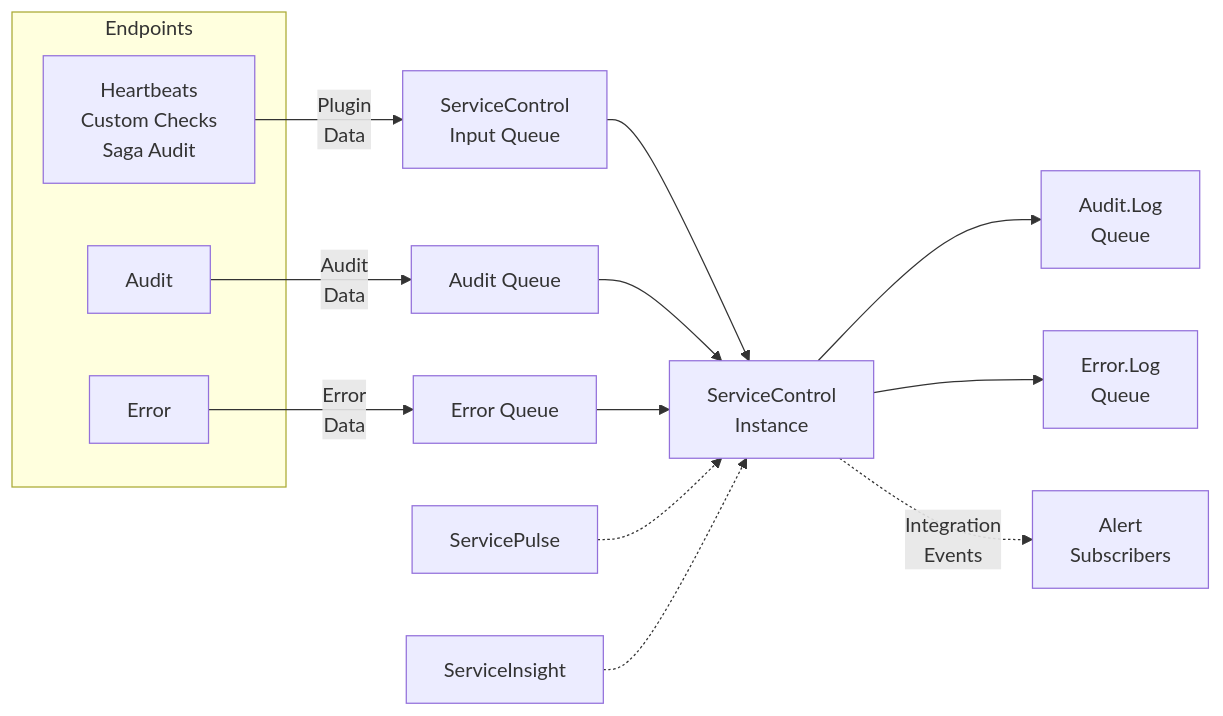
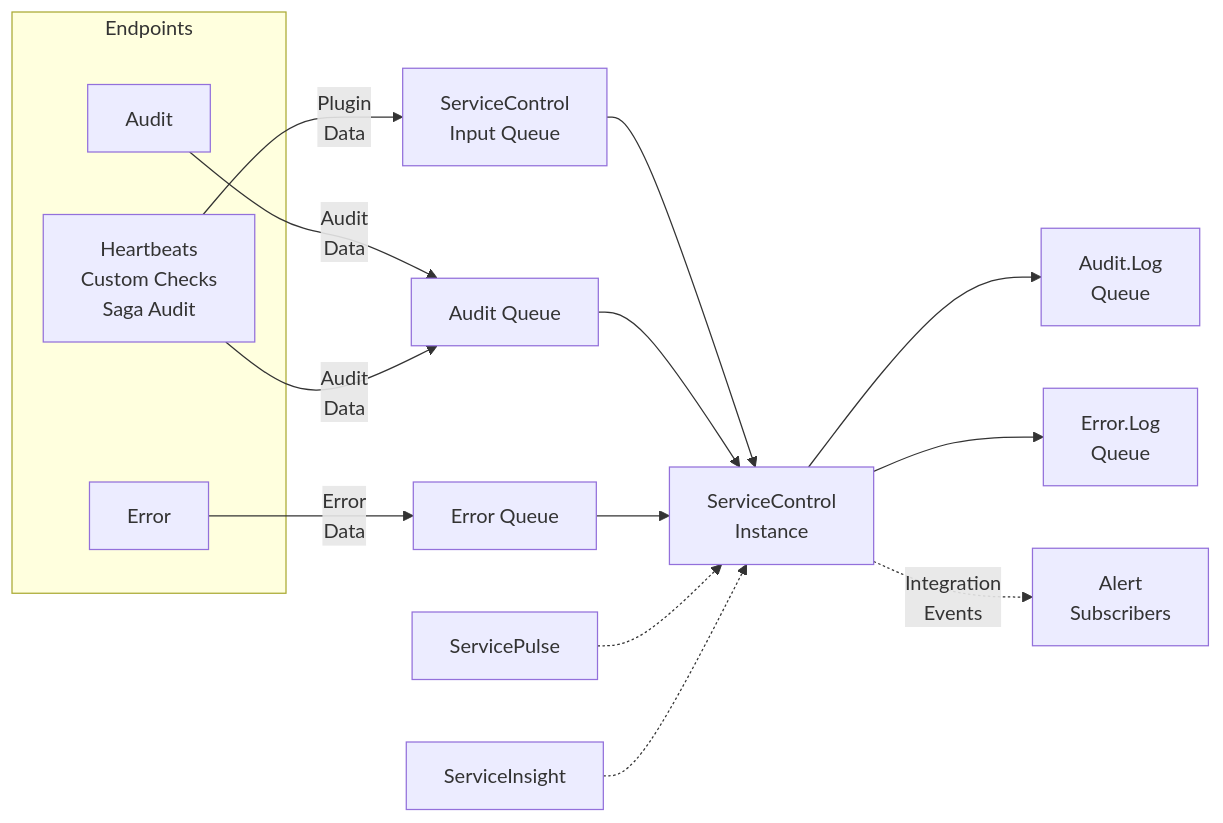
Before and after one commit to Particular/docs.particular.net: the diagram in servicecontrol/servicecontrol-instances/index.md, drawn with Mermaid. The commit also changed other lines of this file and 5 other files, not shown here.

````diff
--- a/servicecontrol/servicecontrol-instances/index.md
+++ b/servicecontrol/servicecontrol-instances/index.md
@@ -13,21 +13,22 @@
 ```mermaid
 graph LR
   subgraph Endpoints
     Audit
     Error
     Plugins[Heartbeats<br>Custom Checks<br>Saga Audit]
   end
 
   Audit -- Audit<br>Data --> AuditQ[Audit Queue]
   Error -- Error<br>Data --> ErrorQ[Error Queue]
   Plugins -- Plugin<br>Data --> SCQ
+  Plugins -- Audit<br>Data --> AuditQ[Audit Queue]
 	
   SCQ[ServiceControl<br>Input Queue] --> SC[ServiceControl<br>Instance]
   AuditQ --> SC
   ErrorQ --> SC
   ServicePulse -.-> SC
   ServiceInsight -.-> SC
   SC --> AuditLog[Audit.Log<br>Queue]
   SC --> ErrorLog[Error.Log<br>Queue]
   SC -. Integration<br>Events .-> Watchers[Alert<br>Subscribers]
 ```
````
